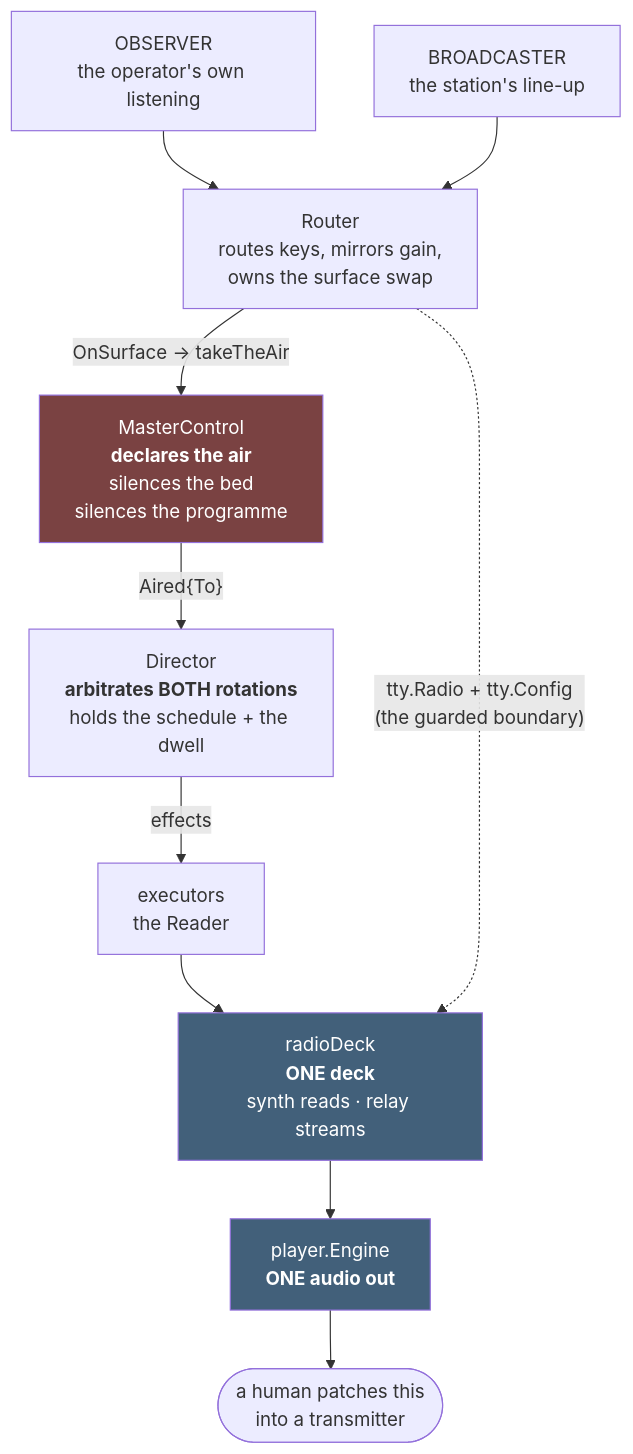
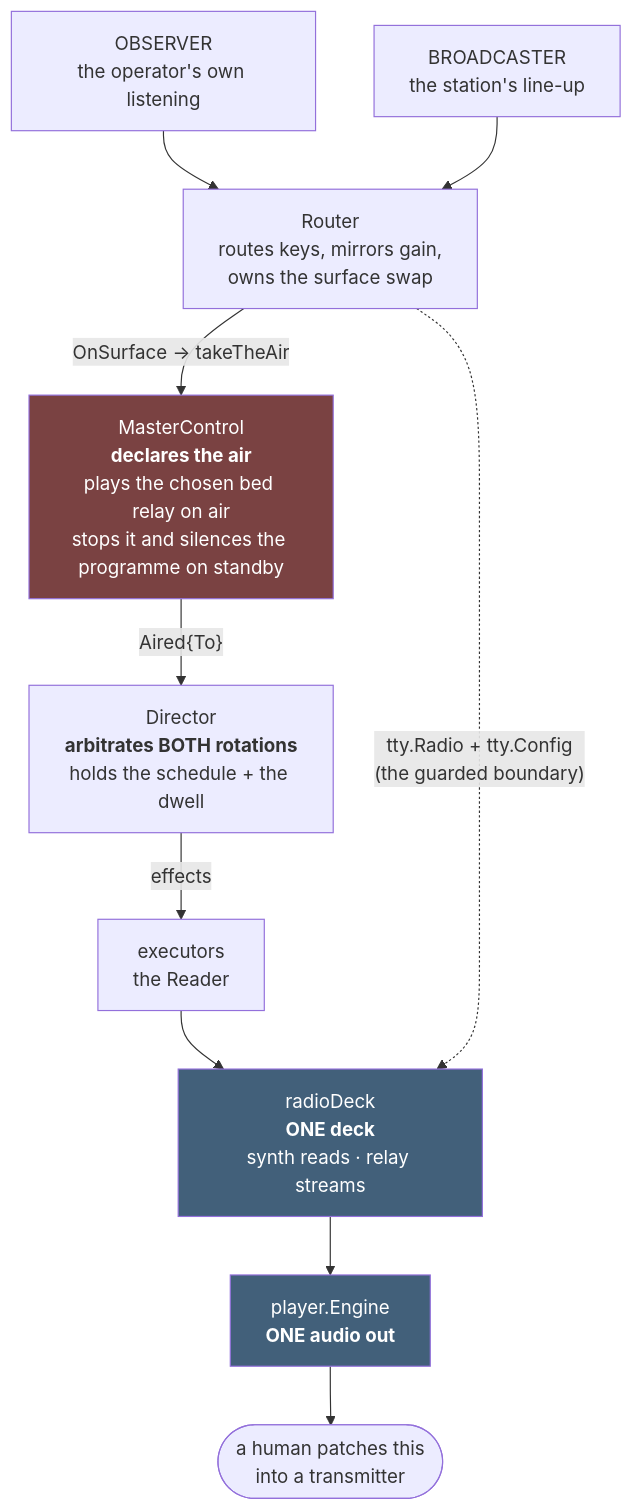
Before and after one commit to branden-thompson/watchpost: the first of 5 diagrams in 06_docs/02_features/0.16.0-broadcaster-ui/03-architecture-design/as-built-air-and-deck.md, drawn with Mermaid. The commit also changed other lines of this file and 849 other files, not shown here.

````diff
--- a/06_docs/02_features/0.16.0-broadcaster-ui/03-architecture-design/as-built-air-and-deck.md
+++ b/06_docs/02_features/0.16.0-broadcaster-ui/03-architecture-design/as-built-air-and-deck.md
@@ -27,27 +27,27 @@
 ```mermaid
 flowchart TB
   OBS["OBSERVER<br/>the operator's own listening"]
   BC["BROADCASTER<br/>the station's line-up"]
   RTR["Router<br/>routes keys, mirrors gain,<br/>owns the surface swap"]
 
   OBS --> RTR
   BC --> RTR
 
   RTR -->|"OnSurface → takeTheAir"| MC
-  MC["MasterControl<br/><b>declares the air</b><br/>silences the bed<br/>silences the programme"]
+  MC["MasterControl<br/><b>declares the air</b><br/>plays the chosen bed relay on air<br/>stops it and silences the programme on standby"]
 
   MC -->|"Aired{To}"| DIR
   DIR["Director<br/><b>arbitrates BOTH rotations</b><br/>holds the schedule + the dwell"]
 
   DIR -->|effects| EXEC["executors<br/>the Reader"]
   EXEC --> DECK
   RTR -.->|"tty.Radio + tty.Config<br/>(the guarded boundary)"| DECK
 
   DECK["radioDeck<br/><b>ONE deck</b><br/>synth reads · relay streams"]
   DECK --> ENG["player.Engine<br/><b>ONE audio out</b>"]
   ENG --> OUT(["a human patches this<br/>into a transmitter"])
 
   style MC fill:#7a4242,color:#fff
   style DECK fill:#42607a,color:#fff
   style ENG fill:#42607a,color:#fff
 ```
````
